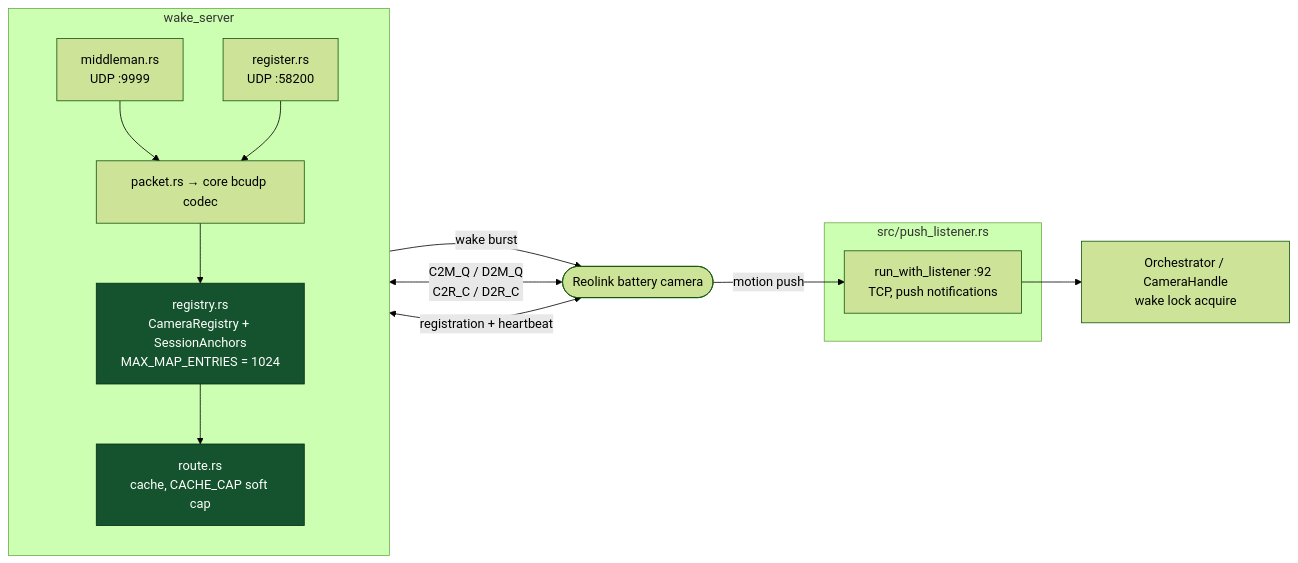
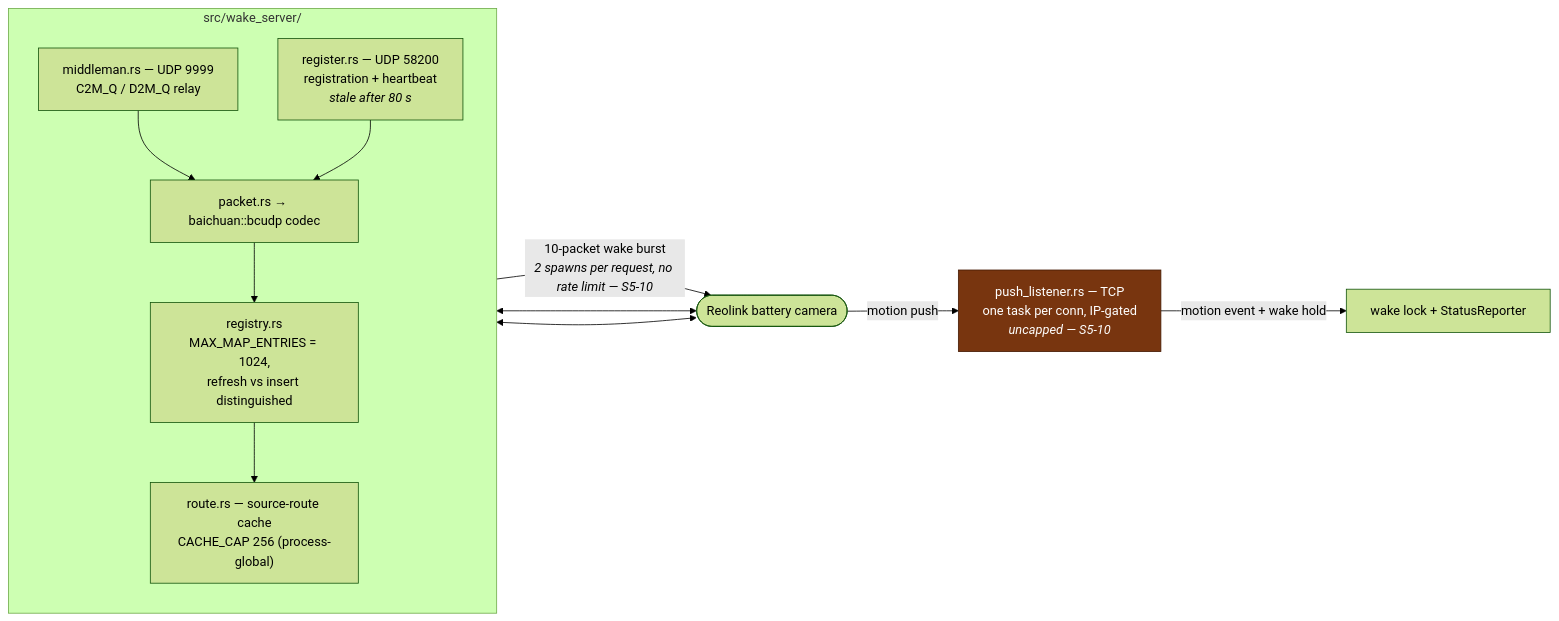
Diagram 11 of 14 in docs/code-paths.md (hsoj/bairelay), drawn with Mermaid (forest theme) before and after one commit. The commit also changed other lines of this file and 7 other files, not shown here.

````diff
--- a/docs/code-paths.md
+++ b/docs/code-paths.md
@@ -530,32 +417,27 @@
 ```mermaid
 flowchart LR
     CAMERA(["Reolink battery camera"])
 
-    subgraph WS ["wake_server"]
+    subgraph WS ["src/wake_server/"]
         direction TB
-        MM["middleman.rs<br/>UDP :9999"]
-        RG["register.rs<br/>UDP :58200"]
-        REG["registry.rs<br/>CameraRegistry + SessionAnchors<br/>MAX_MAP_ENTRIES = 1024"]
-        RT["route.rs<br/>cache, CACHE_CAP soft cap"]
-        PKT["packet.rs → core bcudp codec"]
-
+        MM["middleman.rs — UDP 9999<br/>C2M_Q / D2M_Q relay"]
+        RG["register.rs — UDP 58200<br/>registration + heartbeat<br/><i>stale after 80 s</i>"]
+        REG["registry.rs<br/>MAX_MAP_ENTRIES = 1024,<br/>refresh vs insert distinguished"]
+        RT["route.rs — source-route cache<br/>CACHE_CAP 256 (process-global)"]
+        PKT["packet.rs → baichuan::bcudp codec"]
         MM --> PKT
         RG --> PKT
-        PKT --> REG
-        REG --> RT
+        PKT --> REG --> RT
     end
 
-    subgraph PLS ["src/push_listener.rs"]
-        PL["run_with_listener :92<br/>TCP, push notifications"]
-    end
+    PL["push_listener.rs — TCP<br/>one task per conn, IP-gated<br/><i>uncapped — S5-10</i>"]
 
-    CAMERA <-->|"C2M_Q / D2M_Q<br/>C2R_C / D2R_C"| MM
-    CAMERA <-->|"registration + heartbeat"| RG
+    CAMERA <--> MM
+    CAMERA <--> RG
     CAMERA -->|"motion push"| PL
+    RT -->|"10-packet wake burst<br/><i>2 spawns per request, no rate limit — S5-10</i>"| CAMERA
+    PL -->|"motion event + wake hold"| WLK["wake lock + StatusReporter"]
 
-    RT -->|"wake burst"| CAMERA
-    PL --> ORCH["Orchestrator / CameraHandle<br/>wake lock acquire"]
-
-    classDef clean fill:#14532d,stroke:#052e16,color:#fff
-    class REG,RT clean
+    classDef warn fill:#78350f,stroke:#451a03,color:#fff
+    class PL warn
 ```
````
